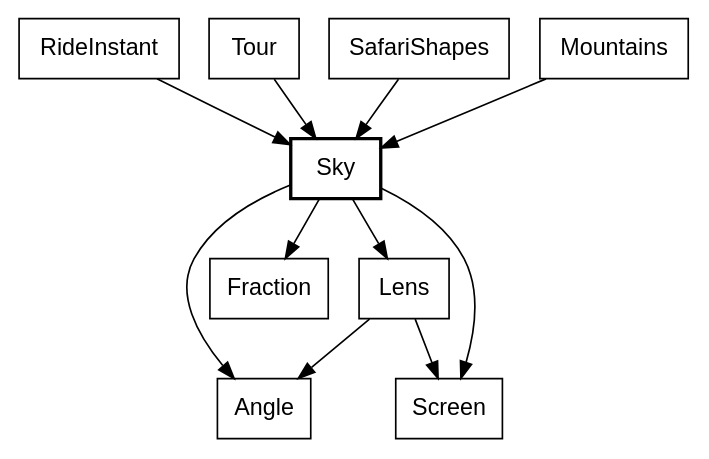
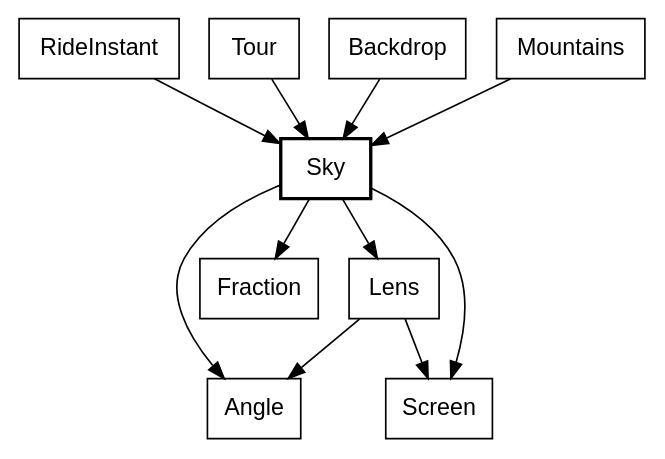
Before and after one commit to showell/roc-apps: the fourth of 19 diagrams in canvas_apps/safari/tutorial/tutorial.md, drawn with Graphviz. The commit also changed other lines of this file and 8 other files, not shown here.

First line of the commit message:
safari: SafariShapes becomes Backdrop, and its frame becomes behind

````diff
--- a/canvas_apps/safari/tutorial/tutorial.md
+++ b/canvas_apps/safari/tutorial/tutorial.md
@@ -235,16 +235,16 @@
 ```dot
 digraph sky {
   node [shape=box, fontname="Helvetica"];
   Sky [style=bold];
   RideInstant -> Sky;
   Tour -> Sky;
-  SafariShapes -> Sky;
+  Backdrop -> Sky;
   Mountains -> Sky;
   Sky -> Angle;
   Sky -> Fraction;
   Sky -> Lens;
   Sky -> Screen;
   Lens -> Angle;
   Lens -> Screen;
 }
 ```
````
